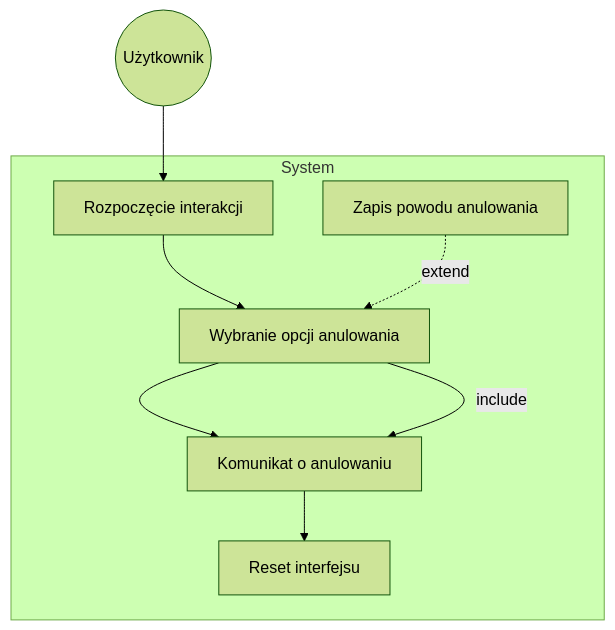
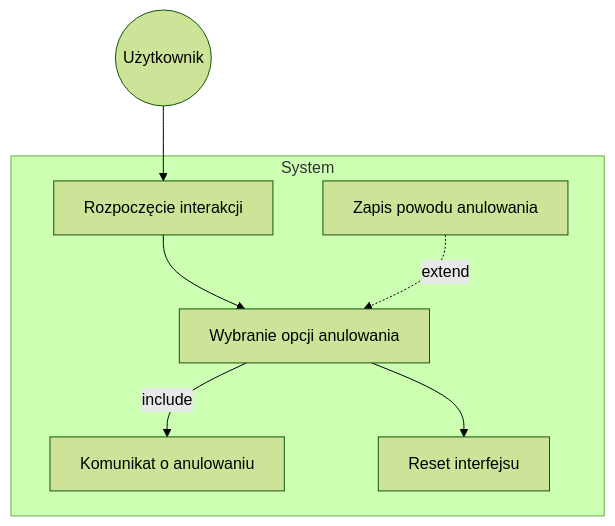
Before and after one commit to ArtemOmelchenk0/MWO: the second of 4 diagrams in Historie dla użytkownika.md, drawn with Mermaid (forest theme). The commit also changed other lines of this file, not shown here.

````diff
--- a/Historie dla użytkownika.md
+++ b/Historie dla użytkownika.md
@@ -48,28 +48,27 @@
 ```mermaid
 graph TD
     User(("Użytkownik"))
     UseCase1["Rozpoczęcie interakcji"]
     UseCase2["Wybranie opcji anulowania"]
     UseCase3["Komunikat o anulowaniu"]
     UseCase4["Reset interfejsu"]
     UseCase5["Zapis powodu anulowania"]
 
     User --> UseCase1
     UseCase1 --> UseCase2
-    UseCase2 --> UseCase3
-    UseCase3 --> UseCase4
+    UseCase2 --> UseCase4
 
     %% Include relationship
     UseCase2 --include--> UseCase3
 
     %% Extend relationship
     UseCase5 -.extend.-> UseCase2
 
     subgraph System
         UseCase1
         UseCase2
         UseCase3
         UseCase4
         UseCase5
     end
 ```
````
